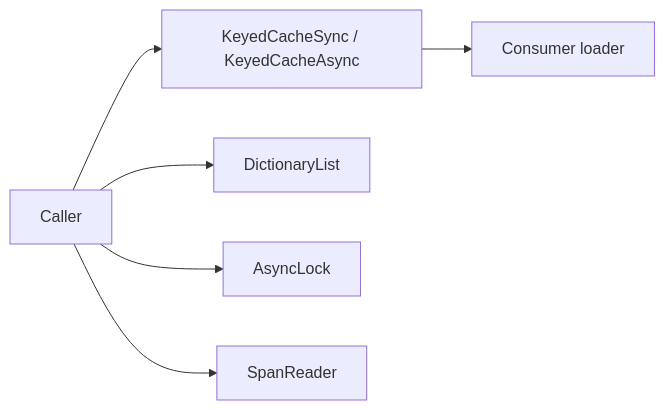
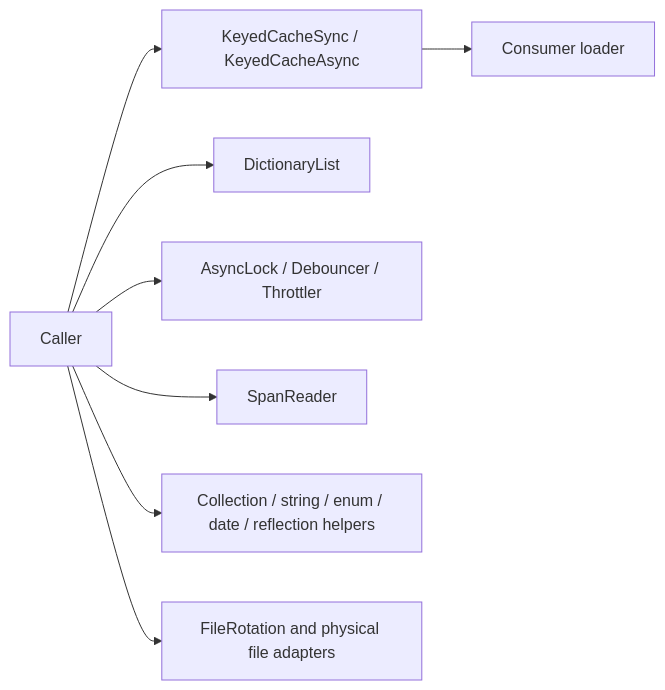
One commit to Kite-Key/foundation changed the first of 3 diagrams in docs/architecture.md. Above: the diagram before and after it, drawn with Mermaid. The commit also changed other lines of this file and 49 other files, not shown here.

````diff
--- a/docs/architecture.md
+++ b/docs/architecture.md
@@ -13,8 +13,10 @@
 ```mermaid
 flowchart LR
     Caller --> Cache[KeyedCacheSync / KeyedCacheAsync]
     Cache --> Loader[Consumer loader]
     Caller --> Multi[DictionaryList]
-    Caller --> Lock[AsyncLock]
+    Caller --> Lock[AsyncLock / Debouncer / Throttler]
     Caller --> Reader[SpanReader]
+    Caller --> Helpers[Collection / string / enum / date / reflection helpers]
+    Caller --> Files[FileRotation and physical file adapters]
 ```
````
